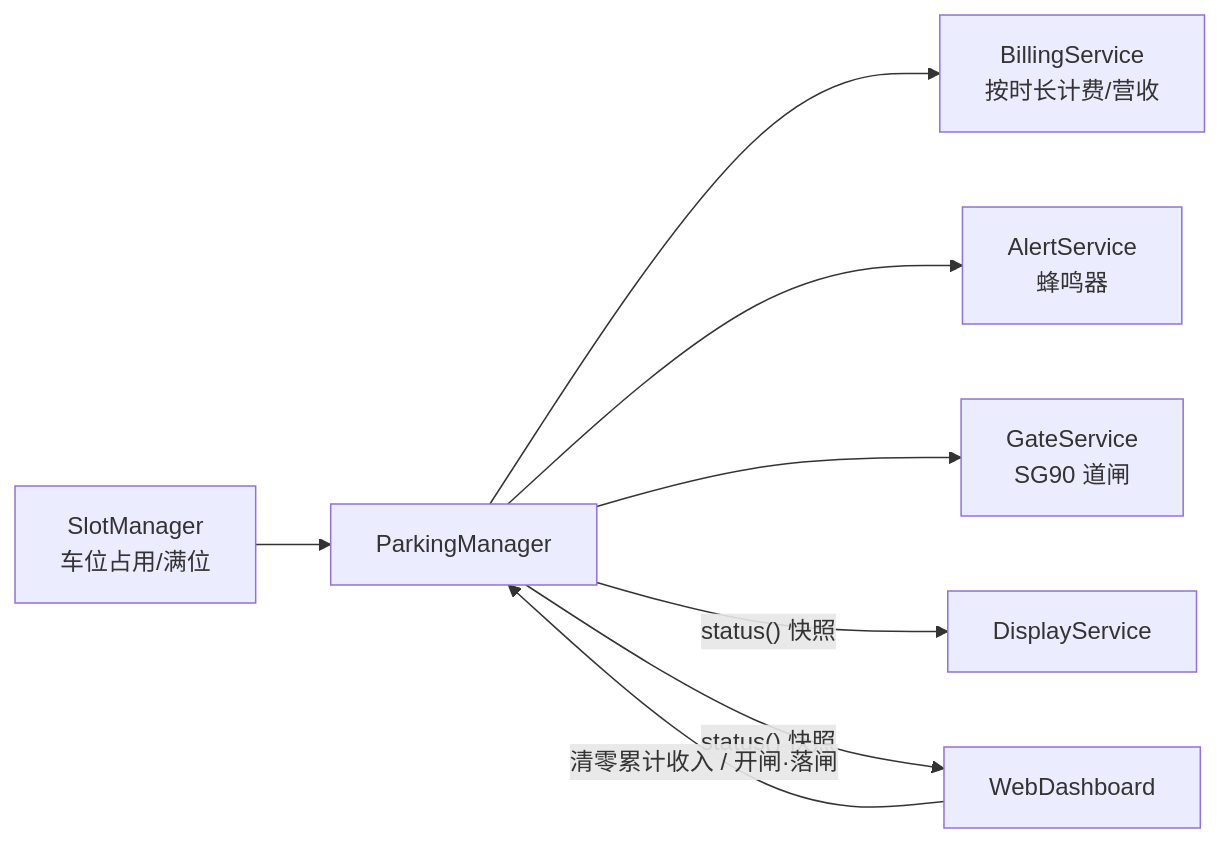
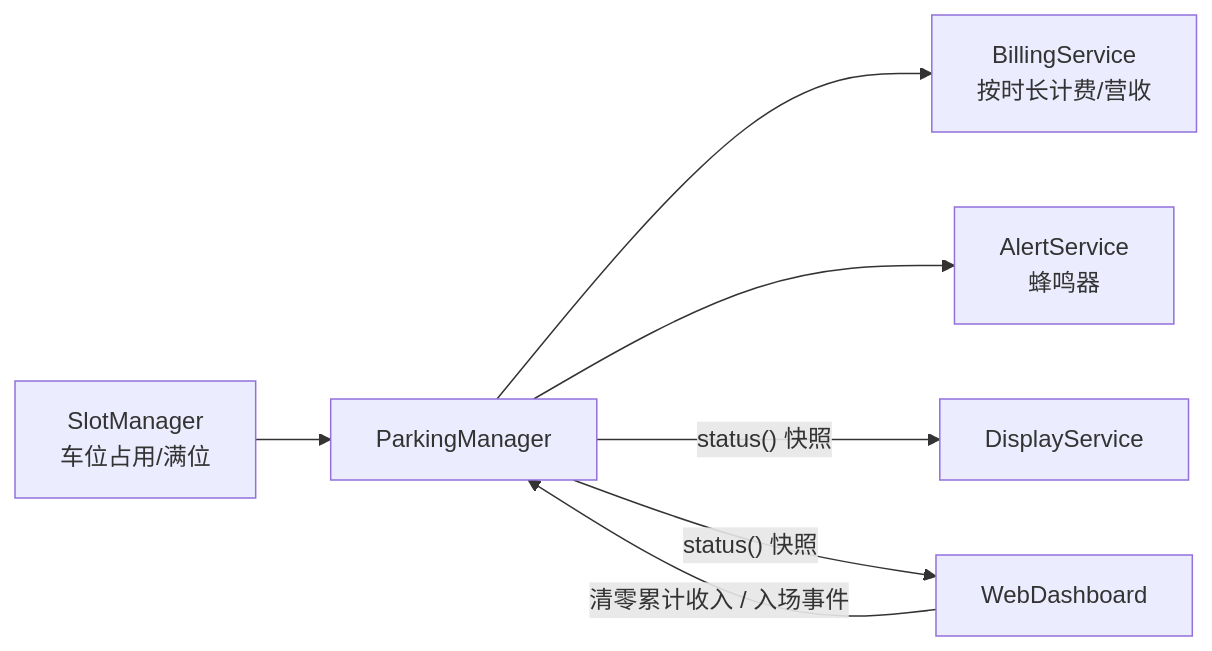
Before and after one commit to JacksonTai2007/esp32-smart-parking-system: the first of 2 diagrams in docs/architecture.md, drawn with Mermaid. The commit also changed other lines of this file and 23 other files, not shown here.

````diff
--- a/docs/architecture.md
+++ b/docs/architecture.md
@@ -34,10 +34,9 @@
 ```mermaid
 flowchart LR
     SLOTS[SlotManager<br/>车位占用/满位] --> PM[ParkingManager]
     PM --> BILL[BillingService<br/>按时长计费/营收]
     PM --> ALERT[AlertService<br/>蜂鸣器]
-    PM --> GATE[GateService<br/>SG90 道闸]
     PM -- "status() 快照" --> OLED[DisplayService]
     PM -- "status() 快照" --> WEB[WebDashboard]
-    WEB -- "清零累计收入 / 开闸·落闸" --> PM
+    WEB -- "清零累计收入 / 入场事件" --> PM
 ```
````
